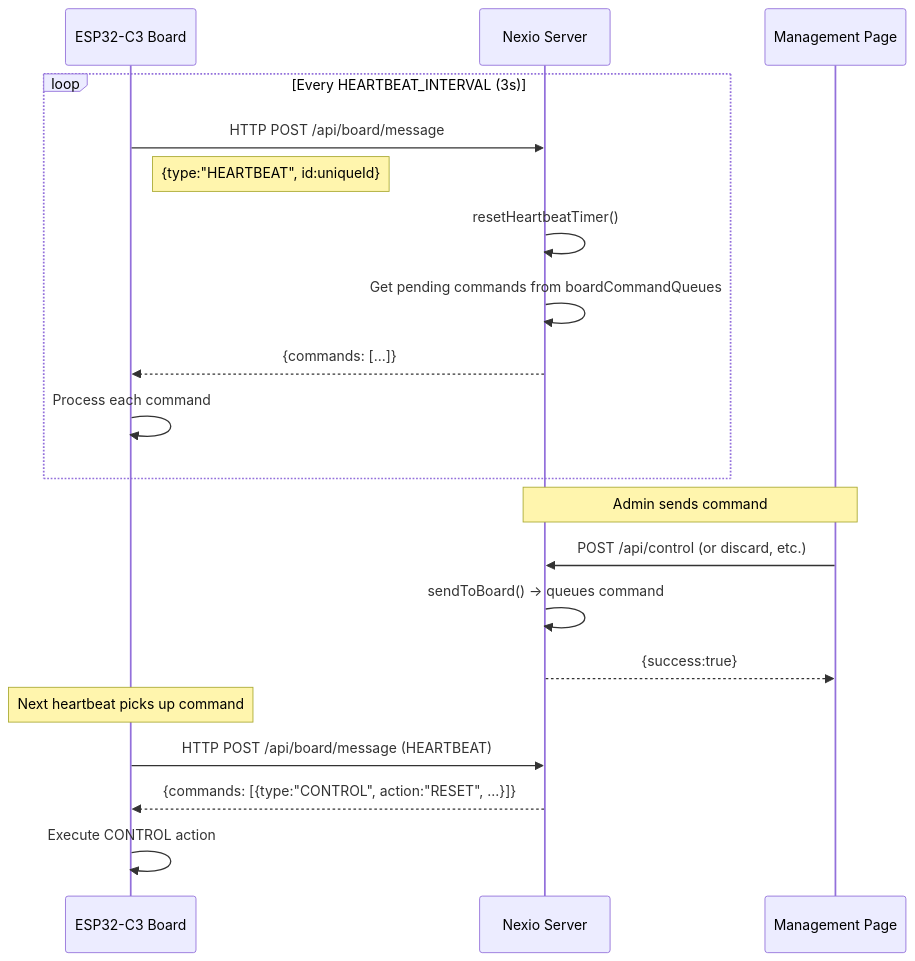
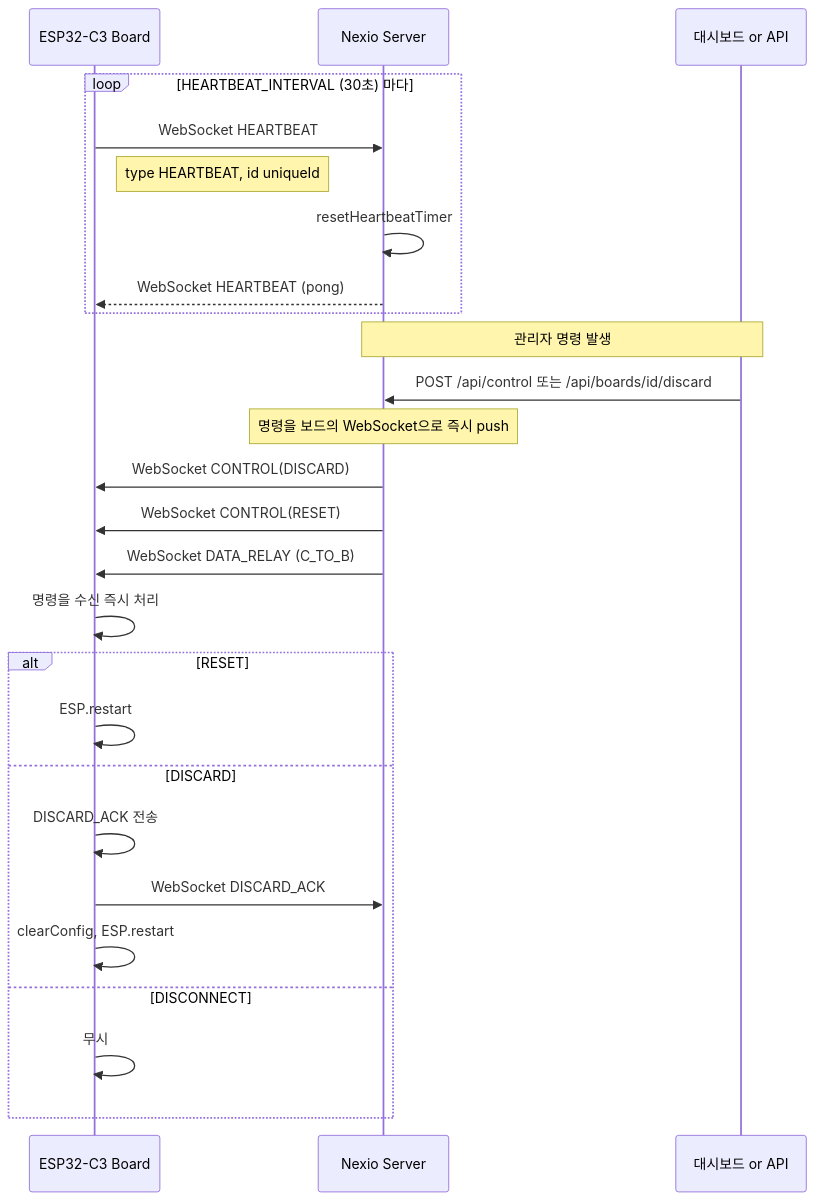
Before and after one commit to hyunu/nexio: the second of 9 diagrams in docs/communication-sequence.md, drawn with Mermaid. The commit also changed other lines of this file and 19 other files, not shown here.

````diff
--- a/docs/communication-sequence.md
+++ b/docs/communication-sequence.md
@@ -52,25 +120,32 @@
 ```mermaid
 sequenceDiagram
     participant Board as ESP32-C3 Board
     participant Server as Nexio Server
-    participant Admin as Management Page
+    participant Admin as 대시보드 or API
 
-    loop Every HEARTBEAT_INTERVAL (3s)
-        Board->>Server: HTTP POST /api/board/message
-        Note right of Board: {type:"HEARTBEAT", id:uniqueId}
-        Server->>Server: resetHeartbeatTimer()
-        Server->>Server: Get pending commands from boardCommandQueues
-        Server-->>Board: {commands: [...]}
-        Board->>Board: Process each command
+    loop HEARTBEAT_INTERVAL (30초) 마다
+        Board->>Server: WebSocket HEARTBEAT
+        Note right of Board: type HEARTBEAT, id uniqueId
+        Server->>Server: resetHeartbeatTimer
+        Server-->>Board: WebSocket HEARTBEAT (pong)
     end
 
-    Note over Admin,Server: Admin sends command
-    Admin->>Server: POST /api/control (or discard, etc.)
-    Server->>Server: sendToBoard() → queues command
-    Server-->>Admin: {success:true}
+    Note over Admin,Server: 관리자 명령 발생
+    Admin->>Server: POST /api/control 또는 /api/boards/id/discard
 
-    Note over Board: Next heartbeat picks up command
-    Board->>Server: HTTP POST /api/board/message (HEARTBEAT)
-    Server-->>Board: {commands: [{type:"CONTROL", action:"RESET", ...}]}
-    Board->>Board: Execute CONTROL action
+    Note over Server: 명령을 보드의 WebSocket으로 즉시 push
+    Server->>Board: WebSocket CONTROL(DISCARD)
+    Server->>Board: WebSocket CONTROL(RESET)
+    Server->>Board: WebSocket DATA_RELAY (C_TO_B)
+
+    Board->>Board: 명령을 수신 즉시 처리
+    alt RESET
+        Board->>Board: ESP.restart
+    else DISCARD
+        Board->>Board: DISCARD_ACK 전송
+        Board->>Server: WebSocket DISCARD_ACK
+        Board->>Board: clearConfig, ESP.restart
+    else DISCONNECT
+        Board->>Board: 무시
+    end
 ```
````
